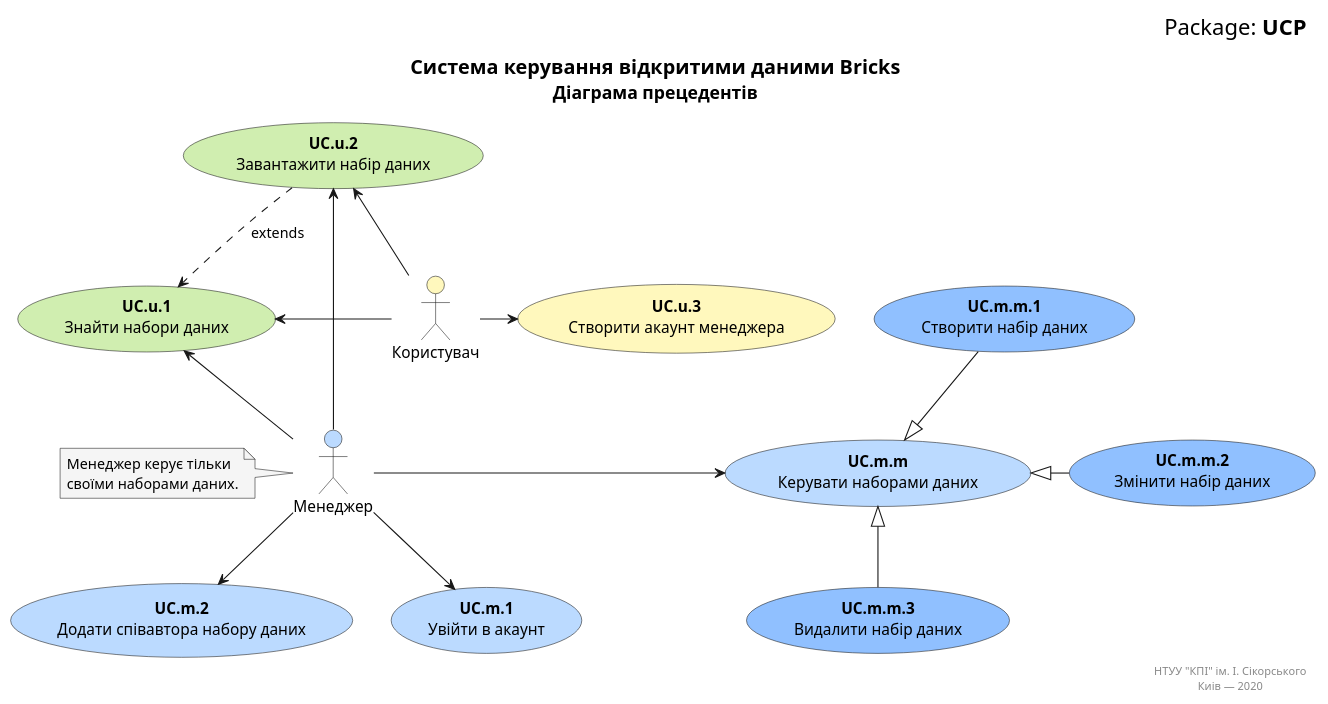
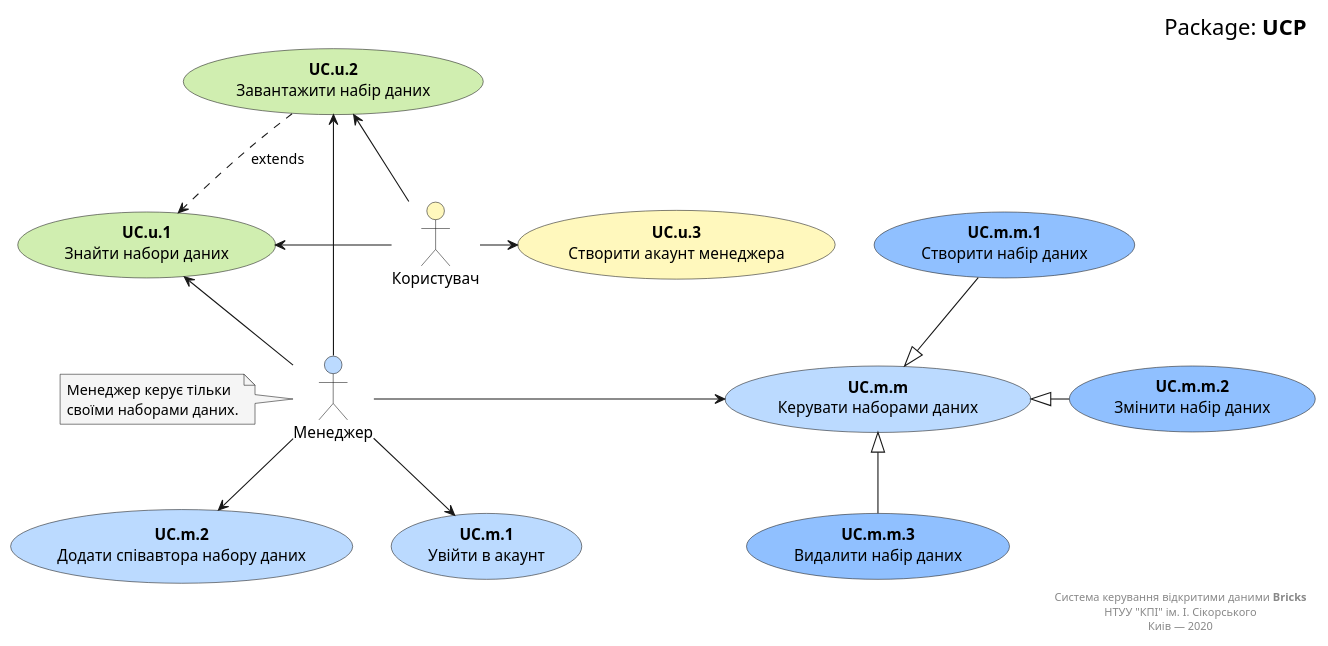
Before and after one commit to hate-crew-member-41/Bricks: the diagram in docs/use cases/UCP.puml, drawn with PlantUML.

```diff
--- a/docs/use cases/UCP.puml
+++ b/docs/use cases/UCP.puml
@@ -1,50 +1,47 @@
 @startuml
+
     right header
         <font size=20 color=black>Package: <b>UCP</b></font>
     end header
-
-    title
-        <font size=18>Система керування відкритими даними <b>Bricks</b></font>
-        <font size=16>Діаграма прецедентів</font>
-    end title
 
     actor "Користувач" as User #fff8bd
     actor "Менеджер" as Manager #bbdaff
     
     usecase "<b>UC.u.1</b>\nЗнайти набори даних" as UC.u.1 #d0eeb0
     usecase "<b>UC.u.2</b>\nЗавантажити набір даних" as UC.u.2 #d0eeb0
     usecase "<b>UC.u.3</b>\nСтворити акаунт менеджера" as UC.u.3 #fff8bd
 
     usecase "<b>UC.m.1</b>\nУвійти в акаунт" as UC.m.1 #bbdaff
     usecase "<b>UC.m.2</b>\nДодати співавтора набору даних" as UC.m.2 #bbdaff
     usecase "<b>UC.m.m</b>\nКерувати наборами даних" as UC.m.m #bbdaff
     usecase "<b>UC.m.m.1</b>\nСтворити набір даних" as UC.m.m.1 #90c0ff
     usecase "<b>UC.m.m.2</b>\nЗмінити набір даних" as UC.m.m.2 #90c0ff
     usecase "<b>UC.m.m.3</b>\nВидалити набір даних" as UC.m.m.3 #90c0ff
 
     UC.u.2 ..> UC.u.1 : extends
     UC.m.m.1 -d-|> UC.m.m
     UC.m.m.2 -l-|> UC.m.m
     UC.m.m.3 -u-|> UC.m.m
 
     note left of Manager #f5f5f5
         Менеджер керує тільки
         своїми наборами даних.
     end note
 
     User -l-> UC.u.1
     User -u-> UC.u.2
     User -r-> UC.u.3
 
     Manager -u-> UC.u.1
     Manager -u-> UC.u.2
     Manager --> UC.m.1
     Manager --> UC.m.2
     Manager -r-> UC.m.m
     
     right footer
+        Система керування відкритими даними <b>Bricks</b>
         НТУУ "КПІ" ім. І. Сікорського
         Киів — 2020
     end footer
 
 @enduml
```
